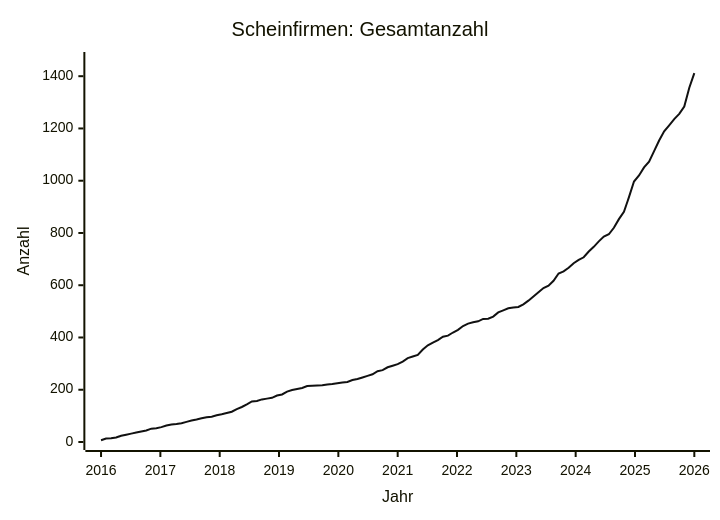
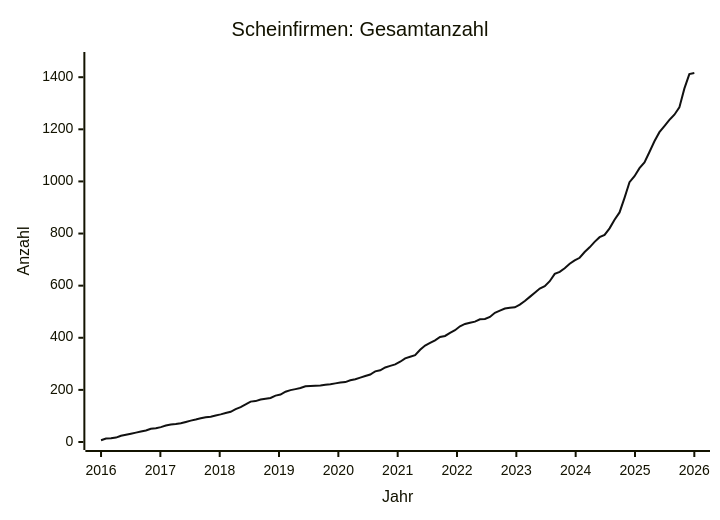
The diagram in data/STATS.md (arjoma/scheinfirmen-at), drawn with Mermaid before and after one commit. The commit also changed other lines of this file and 3 other files, not shown here.

````diff
--- a/data/STATS.md
+++ b/data/STATS.md
@@ -9,13 +9,13 @@
 ```mermaid
 ---
 config:
   themeVariables:
     xyChart:
       plotColorPalette: "#111111"
 ---
 xychart-beta
     title "Scheinfirmen: Gesamtanzahl"
     x-axis "Jahr" 2016 --> 2026
-    y-axis "Anzahl" 0 --> 1462
-    line [7, 13, 14, 17, 24, 28, 32, 36, 40, 44, 51, 53, 57, 63, 67, 69, 72, 77, 82, 86, 91, 95, 97, 102, 106, 111, 116, 126, 134, 144, 155, 157, 163, 166, 169, 178, 182, 193, 199, 203, 207, 214, 215, 216, 217, 220, 222, 225, 228, 230, 237, 241, 247, 253, 259, 271, 275, 286, 292, 298, 308, 321, 327, 333, 354, 370, 380, 390, 403, 407, 419, 429, 444, 453, 458, 462, 471, 472, 480, 496, 504, 512, 515, 517, 527, 541, 557, 573, 589, 598, 617, 645, 653, 667, 684, 697, 707, 729, 747, 768, 786, 795, 820, 853, 881, 937, 997, 1020, 1051, 1073, 1113, 1154, 1189, 1212, 1236, 1256, 1284, 1356, 1412]
+    y-axis "Anzahl" 0 --> 1466
+    line [7, 13, 14, 17, 24, 28, 32, 36, 40, 44, 51, 53, 57, 63, 67, 69, 72, 77, 82, 86, 91, 95, 97, 102, 106, 111, 116, 126, 134, 144, 155, 157, 163, 166, 169, 178, 182, 193, 199, 203, 207, 214, 215, 216, 217, 220, 222, 225, 228, 230, 237, 241, 247, 253, 259, 271, 275, 286, 292, 298, 308, 321, 327, 333, 354, 370, 380, 390, 403, 407, 419, 429, 444, 453, 458, 462, 471, 472, 480, 496, 504, 512, 515, 517, 527, 541, 557, 573, 589, 598, 617, 645, 653, 667, 684, 697, 707, 729, 747, 768, 786, 795, 820, 853, 881, 937, 997, 1020, 1051, 1073, 1113, 1154, 1189, 1212, 1236, 1256, 1284, 1356, 1412, 1416]
 ```
````
